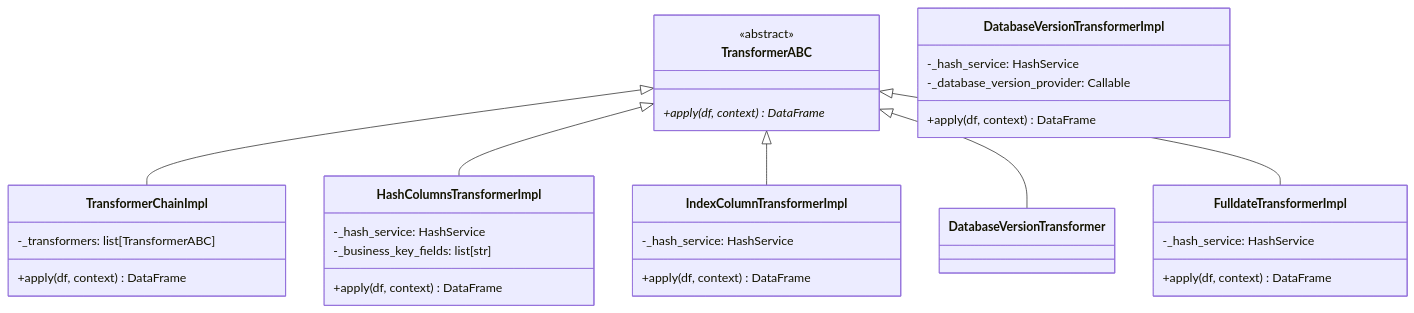
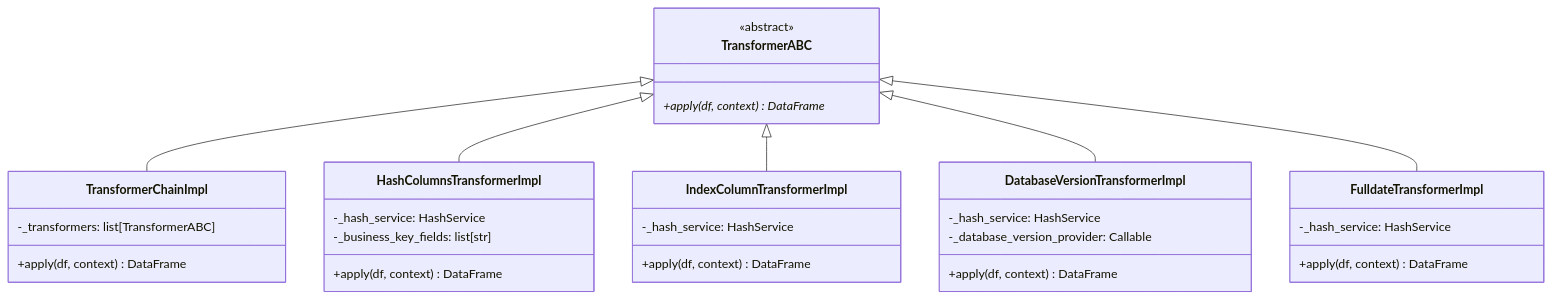
The second of 10 diagrams in docs/architecture/14-class-diagrams-domain.md (SatoryKono/BioactivityDataAcquisition), drawn with Mermaid before and after one commit. The commit also changed other lines of this file and 49 other files, not shown here.

````diff
--- a/docs/architecture/14-class-diagrams-domain.md
+++ b/docs/architecture/14-class-diagrams-domain.md
@@ -57,43 +57,43 @@
 ```mermaid
 ---
 id: dd6eff40-65cb-44d4-9032-b41719890c6a
 ---
 classDiagram
     class TransformerABC {
         <<abstract>>
         +apply(df, context)* DataFrame
     }
 
     class TransformerChainImpl {
         -_transformers: list[TransformerABC]
         +apply(df, context) DataFrame
     }
 
     class HashColumnsTransformerImpl {
         -_hash_service: HashService
         -_business_key_fields: list[str]
         +apply(df, context) DataFrame
     }
 
     class IndexColumnTransformerImpl {
         -_hash_service: HashService
         +apply(df, context) DataFrame
     }
 
     class DatabaseVersionTransformerImpl {
         -_hash_service: HashService
         -_database_version_provider: Callable
         +apply(df, context) DataFrame
     }
 
     class FulldateTransformerImpl {
         -_hash_service: HashService
         +apply(df, context) DataFrame
     }
 
     TransformerABC <|-- TransformerChainImpl
     TransformerABC <|-- HashColumnsTransformerImpl
     TransformerABC <|-- IndexColumnTransformerImpl
-    TransformerABC <|-- DatabaseVersionTransformer
+    TransformerABC <|-- DatabaseVersionTransformerImpl
     TransformerABC <|-- FulldateTransformerImpl
 ```
````
